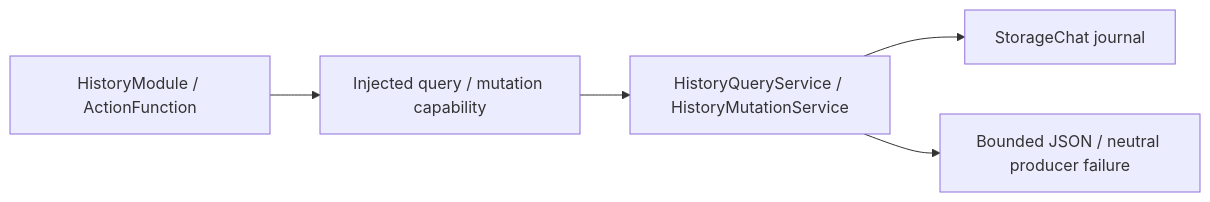
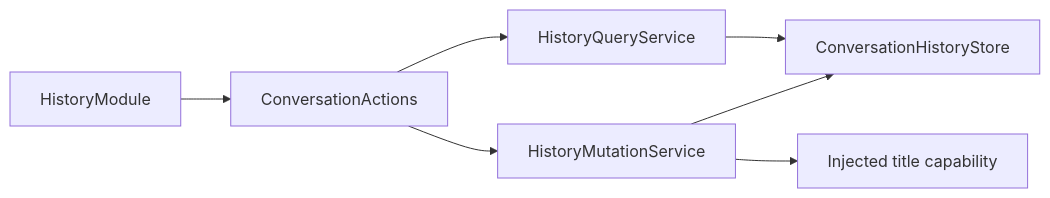
The diagram in MobileHarness/Actions/History/Support/README.md (devilyouwei/MobileHarness), drawn with Mermaid before and after one commit. The commit also changed other lines of this file and 116 other files, not shown here.

````diff
--- a/MobileHarness/Actions/History/Support/README.md
+++ b/MobileHarness/Actions/History/Support/README.md
@@ -7,7 +15,9 @@
 ```mermaid
 flowchart LR
-    Module[HistoryModule / ActionFunction] --> Contract[Injected query / mutation capability]
-    Contract --> Service[HistoryQueryService / HistoryMutationService]
-    Service --> Journal[StorageChat journal]
-    Service --> Outcome[Bounded JSON / neutral producer failure]
+ Entries[ConversationActions] --> Query[HistoryQueryService]
+ Entries --> Mutation[HistoryMutationService]
+ Query --> Store[ConversationHistoryStore]
+ Mutation --> Store
+ Mutation --> Title[Injected title capability]
+ Module[HistoryModule] --> Entries
 ```
````
